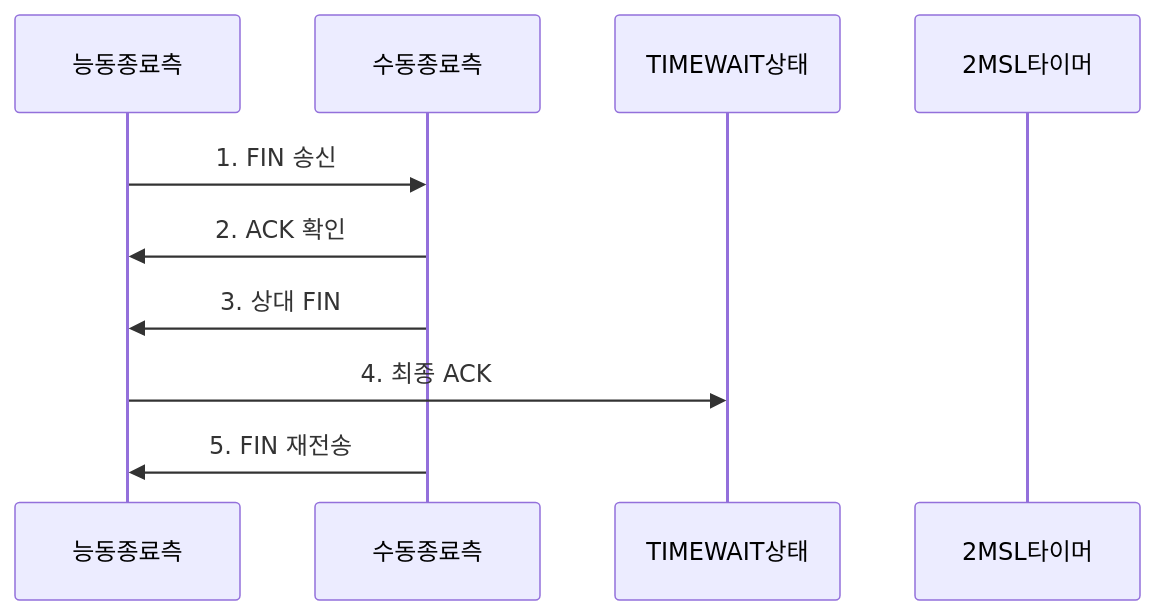
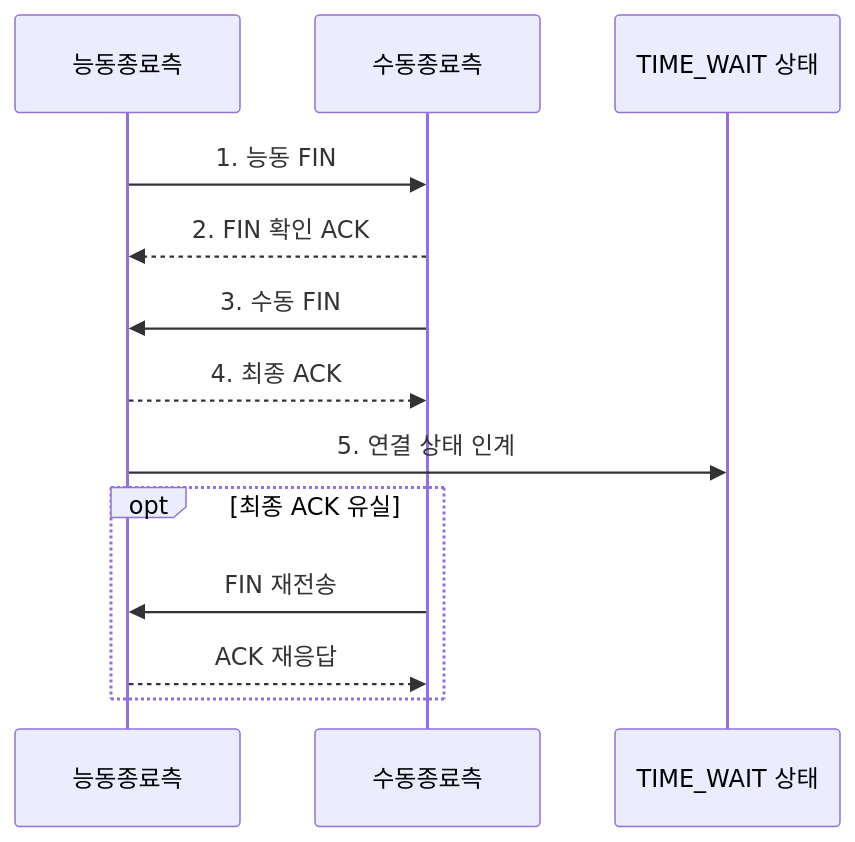
Before and after one commit to agnusdei1207/knowledge-base: the second of 2 diagrams in src/content/docs/notes/04-network/030_time_wait_state.md, drawn with Mermaid. The commit also changed other lines of this file and 20 other files, not shown here.

````diff
--- a/src/content/docs/notes/04-network/030_time_wait_state.md
+++ b/src/content/docs/notes/04-network/030_time_wait_state.md
@@ -81,12 +83,15 @@
 ```mermaid
 sequenceDiagram
     participant 능동종료측
     participant 수동종료측
-    participant TIMEWAIT상태
-    participant 2MSL타이머
-    능동종료측->>수동종료측: 1. FIN 송신
-    수동종료측->>능동종료측: 2. ACK 확인
-    수동종료측->>능동종료측: 3. 상대 FIN
-    능동종료측->>TIMEWAIT상태: 4. 최종 ACK
-    수동종료측->>능동종료측: 5. FIN 재전송
+    participant TIMEWAIT상태 as TIME_WAIT 상태
+    능동종료측->>수동종료측: 1. 능동 FIN
+    수동종료측-->>능동종료측: 2. FIN 확인 ACK
+    수동종료측->>능동종료측: 3. 수동 FIN
+    능동종료측-->>수동종료측: 4. 최종 ACK
+    능동종료측->>TIMEWAIT상태: 5. 연결 상태 인계
+    opt 최종 ACK 유실
+        수동종료측->>능동종료측: FIN 재전송
+        능동종료측-->>수동종료측: ACK 재응답
+    end
 ```
````
